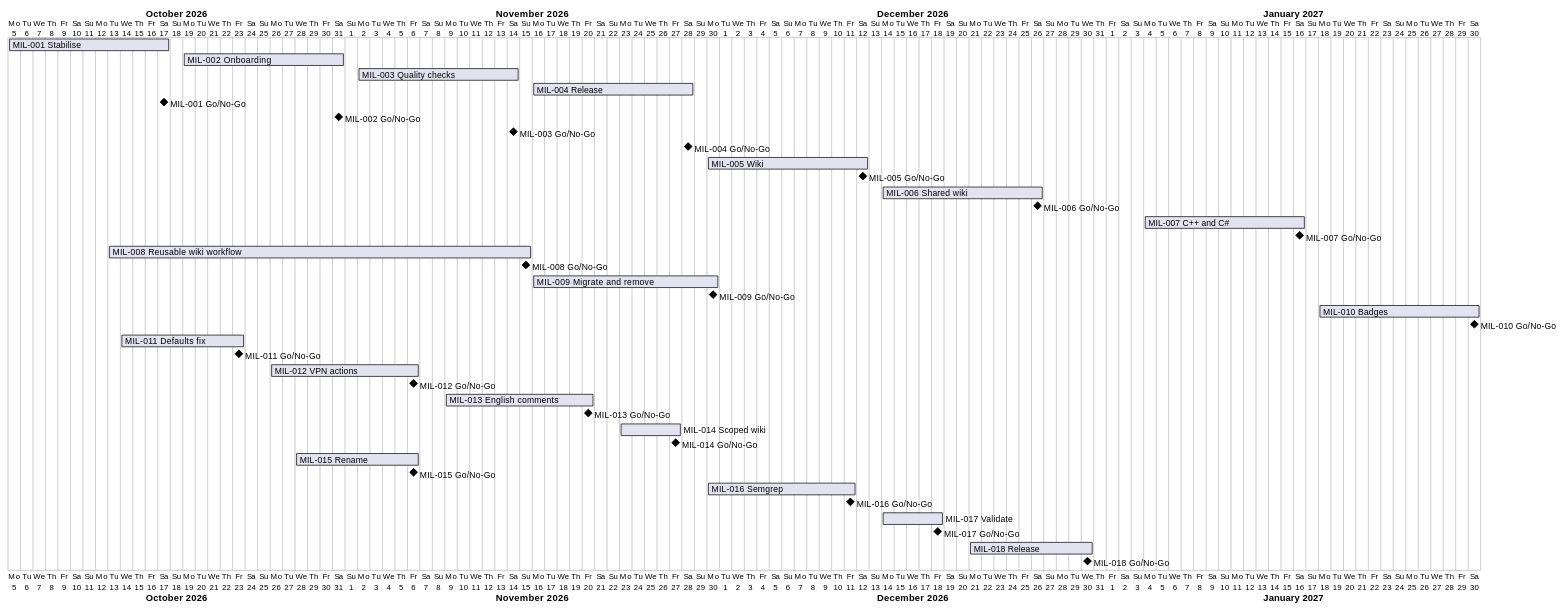
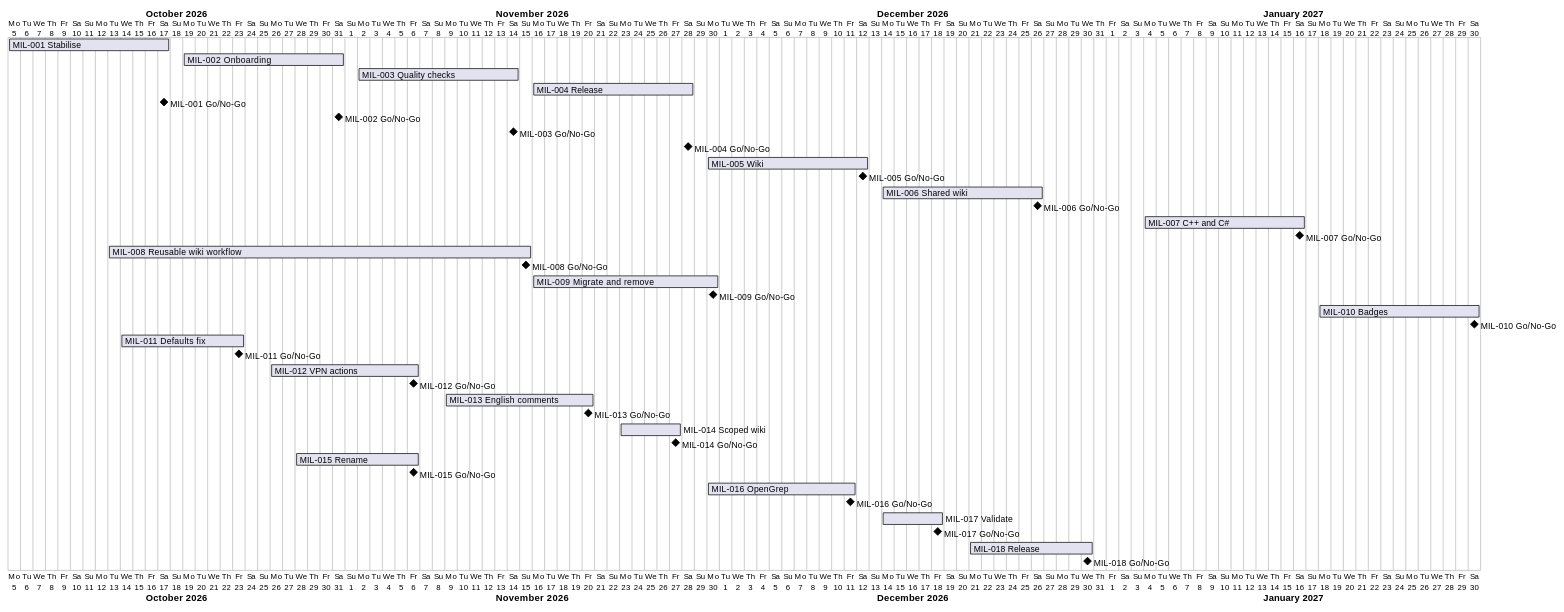
The diagram in docs/project-plan.md (TirSystem/git-workflows), drawn with PlantUML before and after one commit. The commit also changed other lines of this file and 5 other files, not shown here.

First line of the commit message:
Decide OpenGrep for the static security scan (ADR-0015, RC-098, RC-099)

````diff
--- a/docs/project-plan.md
+++ b/docs/project-plan.md
@@ -61,41 +61,41 @@
 ```plantuml
 @startgantt
 Project starts 2026-10-05
 [MIL-001 Stabilise] starts 2026-10-05 and ends 2026-10-17
 [MIL-002 Onboarding] starts 2026-10-19 and ends 2026-10-31
 [MIL-003 Quality checks] starts 2026-11-02 and ends 2026-11-14
 [MIL-004 Release] starts 2026-11-16 and ends 2026-11-28
 [MIL-001 Go/No-Go] happens 2026-10-17
 [MIL-002 Go/No-Go] happens 2026-10-31
 [MIL-003 Go/No-Go] happens 2026-11-14
 [MIL-004 Go/No-Go] happens 2026-11-28
 [MIL-005 Wiki] starts 2026-11-30 and ends 2026-12-12
 [MIL-005 Go/No-Go] happens 2026-12-12
 [MIL-006 Shared wiki] starts 2026-12-14 and ends 2026-12-26
 [MIL-006 Go/No-Go] happens 2026-12-26
 [MIL-007 C++ and C#] starts 2027-01-04 and ends 2027-01-16
 [MIL-007 Go/No-Go] happens 2027-01-16
 [MIL-008 Reusable wiki workflow] starts 2026-10-13 and ends 2026-11-15
 [MIL-008 Go/No-Go] happens 2026-11-15
 [MIL-009 Migrate and remove] starts 2026-11-16 and ends 2026-11-30
 [MIL-009 Go/No-Go] happens 2026-11-30
 [MIL-010 Badges] starts 2027-01-18 and ends 2027-01-30
 [MIL-010 Go/No-Go] happens 2027-01-30
 [MIL-011 Defaults fix] starts 2026-10-14 and ends 2026-10-23
 [MIL-011 Go/No-Go] happens 2026-10-23
 [MIL-012 VPN actions] starts 2026-10-26 and ends 2026-11-06
 [MIL-012 Go/No-Go] happens 2026-11-06
 [MIL-013 English comments] starts 2026-11-09 and ends 2026-11-20
 [MIL-013 Go/No-Go] happens 2026-11-20
 [MIL-014 Scoped wiki] starts 2026-11-23 and ends 2026-11-27
 [MIL-014 Go/No-Go] happens 2026-11-27
 [MIL-015 Rename] starts 2026-10-28 and ends 2026-11-06
 [MIL-015 Go/No-Go] happens 2026-11-06
-[MIL-016 Semgrep] starts 2026-11-30 and ends 2026-12-11
+[MIL-016 OpenGrep] starts 2026-11-30 and ends 2026-12-11
 [MIL-016 Go/No-Go] happens 2026-12-11
 [MIL-017 Validate] starts 2026-12-14 and ends 2026-12-18
 [MIL-017 Go/No-Go] happens 2026-12-18
 [MIL-018 Release] starts 2026-12-21 and ends 2026-12-30
 [MIL-018 Go/No-Go] happens 2026-12-30
 @endgantt
 ```
````
